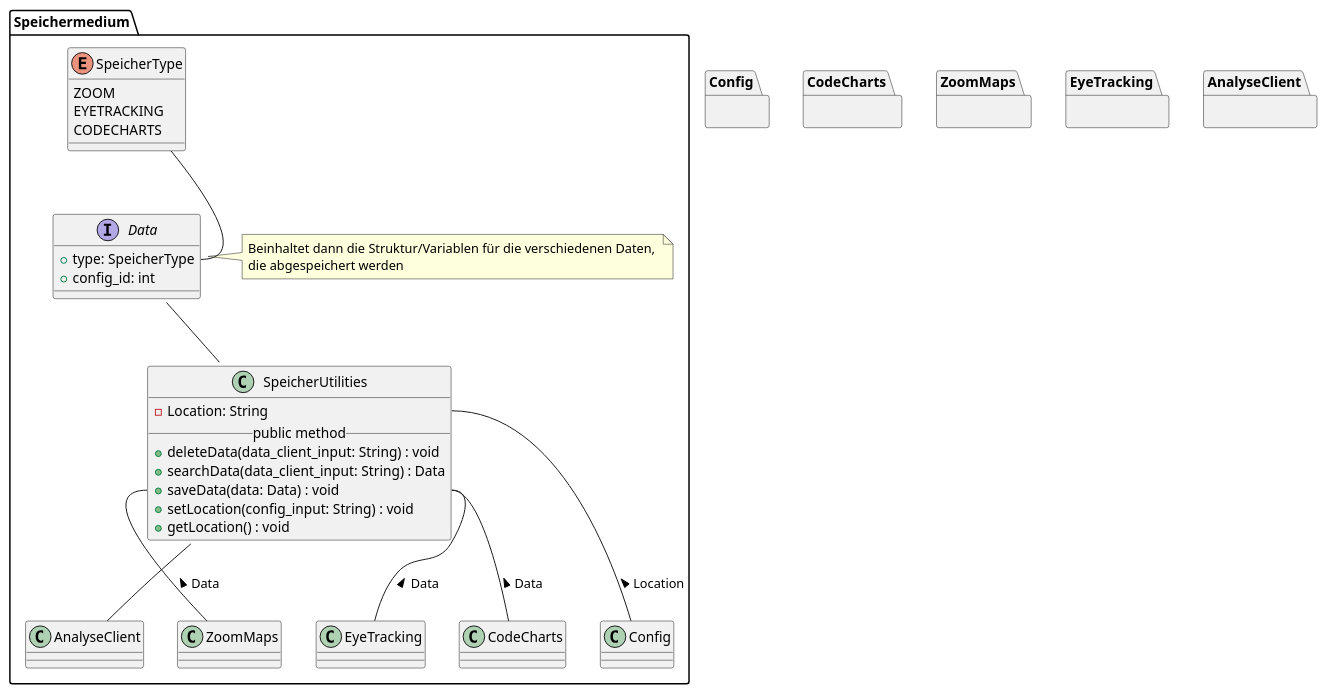
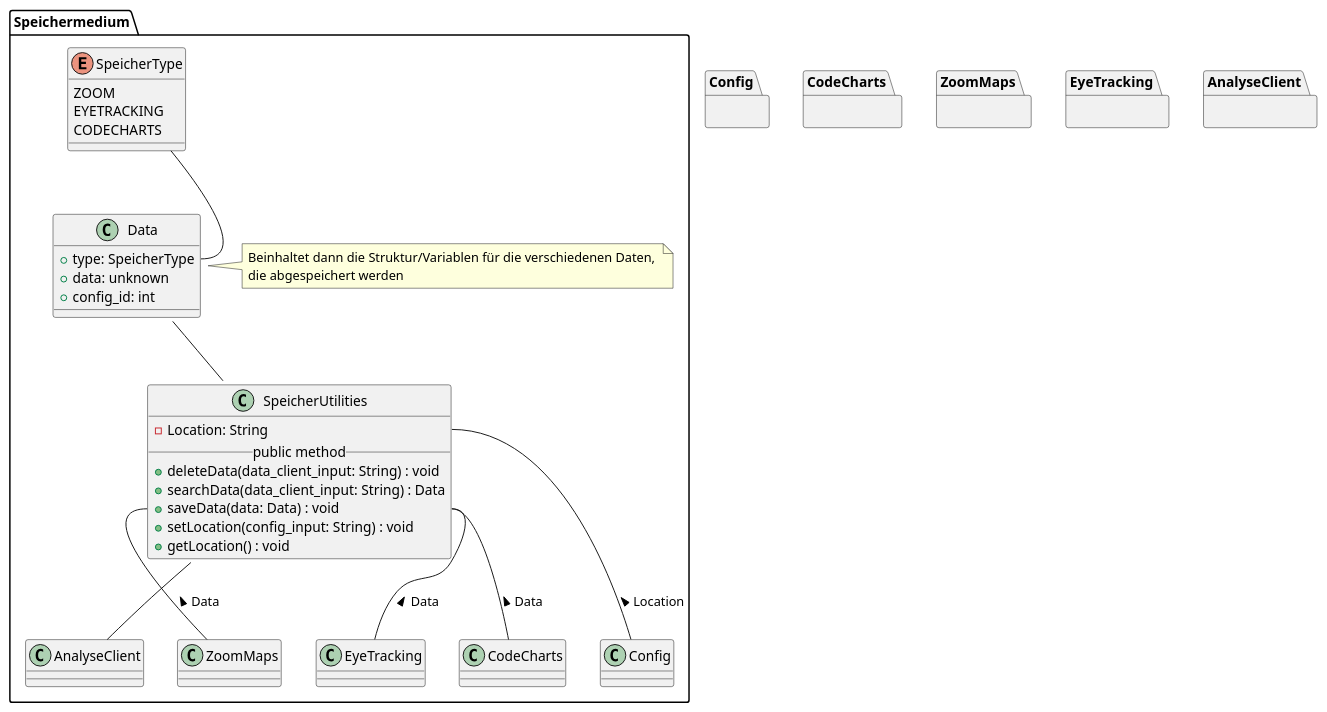
The diagram in meilenstein_03/uml-speichermedium/speichermedium.puml (weichware10/meilensteine), drawn with PlantUML before and after one commit.

Commit message:
Interface zu Class

```diff
--- a/meilenstein_03/uml-speichermedium/speichermedium.puml
+++ b/meilenstein_03/uml-speichermedium/speichermedium.puml
@@ -1,56 +1,57 @@
 @startuml speichermedium
 ' === Speichermedium ===
 package Speichermedium {
       ' SpeicherUtilities
       class SpeicherUtilities {
          - Location: String
          __public method__
          + deleteData(data_client_input: String) : void
          + searchData(data_client_input: String) : Data
          + saveData(data: Data) : void
          + setLocation(config_input: String) : void
          + getLocation() : void
      }
 
-      interface Data {
+      class Data {
          + type: SpeicherType
+         + data: unknown
          + config_id: int
       }
 
       note right of Data
          Beinhaltet dann die Struktur/Variablen für die verschiedenen Daten, 
          die abgespeichert werden
       end note
 
       ' SpeicherType
       enum SpeicherType {
          ZOOM
          EYETRACKING
          CODECHARTS
       }
 
       ' Interaktionen
       SpeicherType -- Data::type
       Data -- SpeicherUtilities
 
      ' Andere Module
      SpeicherUtilities::Location -- Config : < Location
      SpeicherUtilities::saveData -- CodeCharts : < Data
      SpeicherUtilities::saveData -- ZoomMaps : < Data
      SpeicherUtilities::saveData -- EyeTracking : < Data
      SpeicherUtilities -- AnalyseClient
 }
 
 
 ' Blackboxen / Andere Module
  package Config {}
 
  package CodeCharts {}
 
  package ZoomMaps {}
 
  package EyeTracking {}
 
  package AnalyseClient {}
 
 @enduml
```
